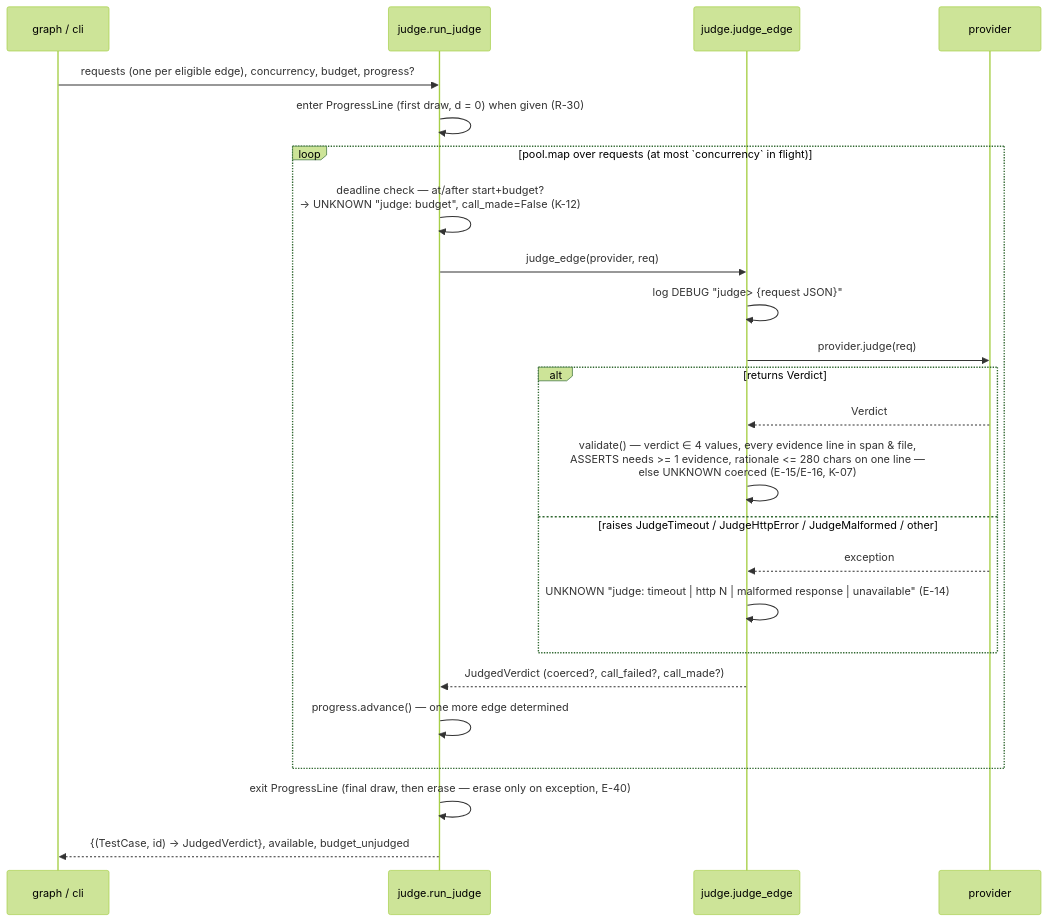
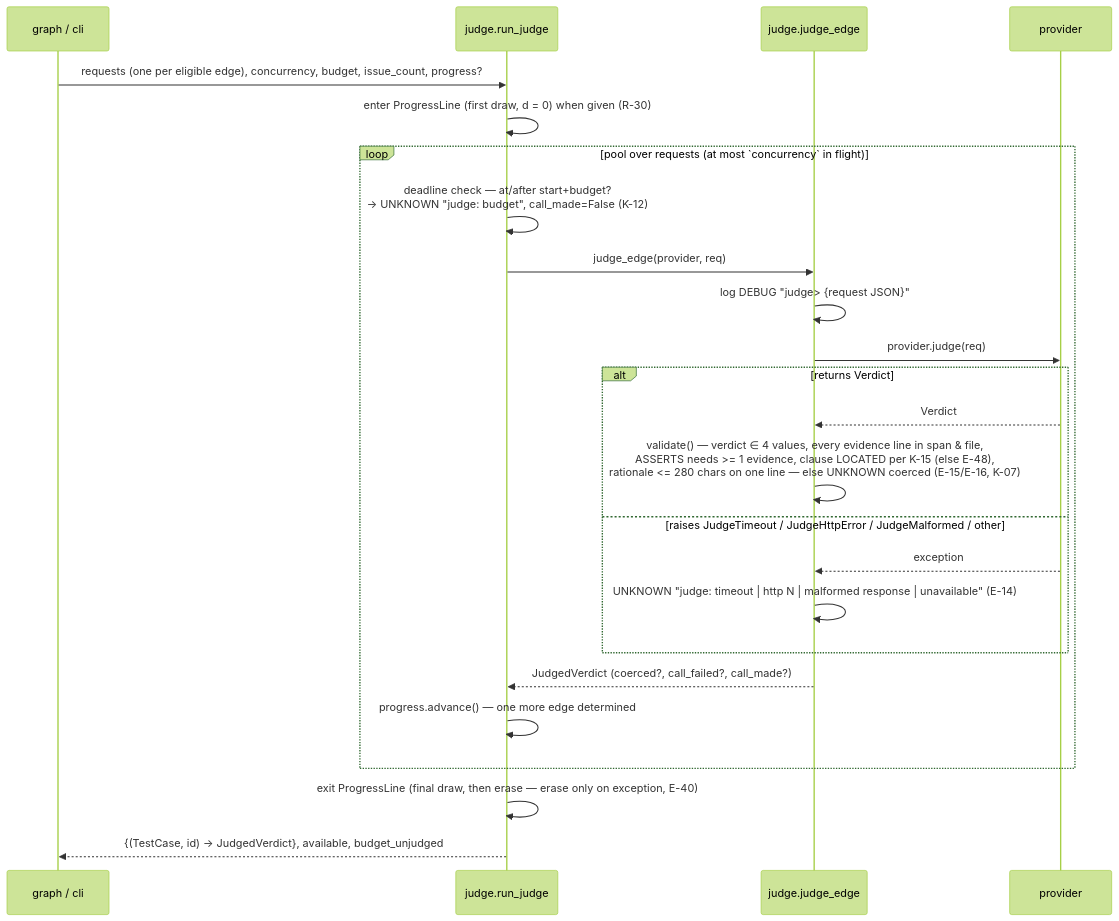
The ninth of 12 diagrams in ARCHITECTURE.md (rioffe/speccheck), drawn with Mermaid (forest theme) before and after one commit. The commit also changed other lines of this file and 3 other files, not shown here.

First line of the commit message:
docs(architecture): rewrite ARCHITECTURE.md to the v1.18 build, and fix two defects the render showed (F-5)

````diff
--- a/ARCHITECTURE.md
+++ b/ARCHITECTURE.md
@@ -422,26 +577,26 @@
 ```mermaid
 sequenceDiagram
     participant G as graph / cli
     participant R as judge.run_judge
     participant E as judge.judge_edge
     participant P as provider
-    G->>R: requests (one per eligible edge), concurrency, budget, progress?
+    G->>R: requests (one per eligible edge), concurrency, budget, issue_count, progress?
     R->>R: enter ProgressLine (first draw, d = 0) when given (R-30)
-    loop pool.map over requests (at most `concurrency` in flight)
+    loop pool over requests (at most `concurrency` in flight)
         R->>R: deadline check — at/after start+budget?<br/>→ UNKNOWN "judge: budget", call_made=False (K-12)
         R->>E: judge_edge(provider, req)
         E->>E: log DEBUG "judge> {request JSON}"
         E->>P: provider.judge(req)
         alt returns Verdict
             P-->>E: Verdict
-            E->>E: validate() — verdict ∈ 4 values, every evidence line in span & file,<br/>ASSERTS needs >= 1 evidence, rationale <= 280 chars on one line —<br/>else UNKNOWN coerced (E-15/E-16, K-07)
+            E->>E: validate() — verdict ∈ 4 values, every evidence line in span & file,<br/>ASSERTS needs >= 1 evidence, clause LOCATED per K-15 (else E-48),<br/>rationale <= 280 chars on one line — else UNKNOWN coerced (E-15/E-16, K-07)
         else raises JudgeTimeout / JudgeHttpError / JudgeMalformed / other
             P-->>E: exception
             E->>E: UNKNOWN "judge: timeout | http N | malformed response | unavailable" (E-14)
         end
         E-->>R: JudgedVerdict (coerced?, call_failed?, call_made?)
         R->>R: progress.advance() — one more edge determined
     end
     R->>R: exit ProgressLine (final draw, then erase — erase only on exception, E-40)
     R-->>G: {(TestCase, id) → JudgedVerdict}, available, budget_unjudged
 ```
````
